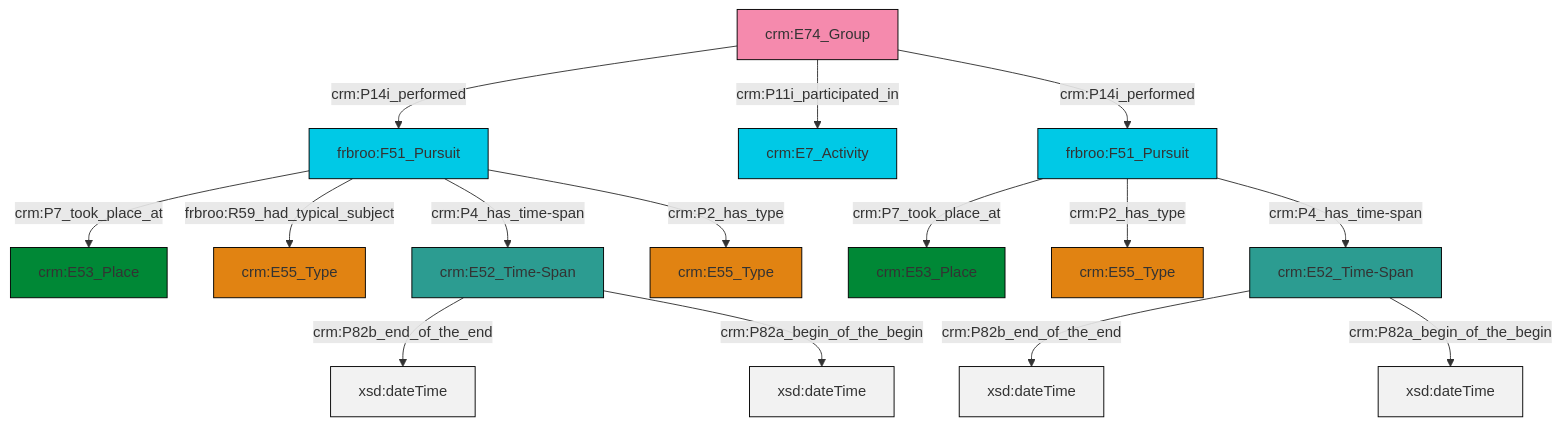
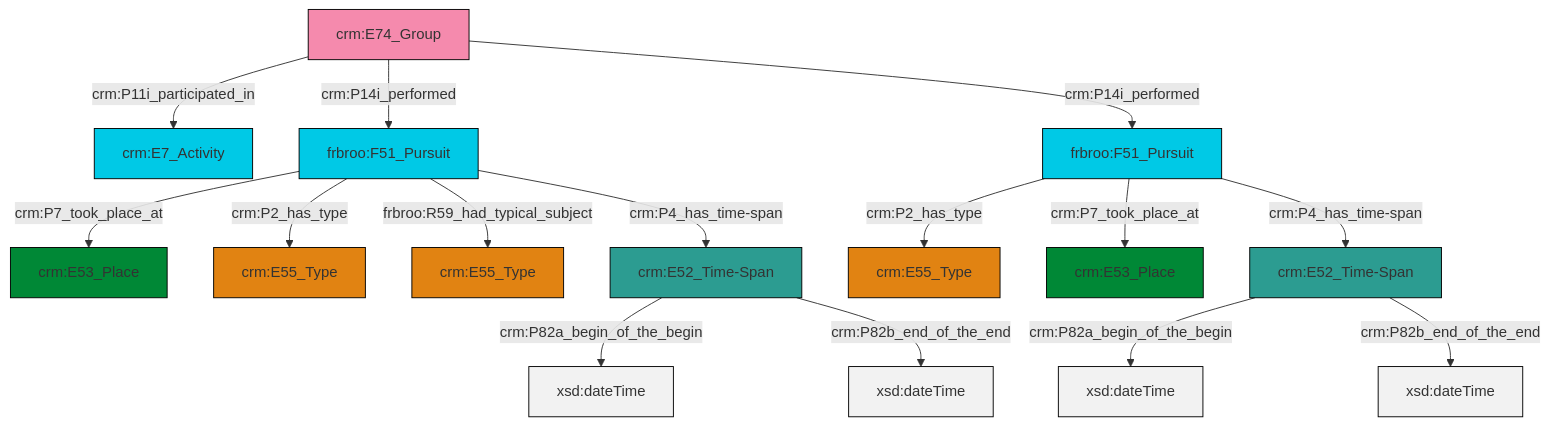
One commit to swiss-art-research-net/reference-data-models changed the diagram in et/groupCSV/ttl/mmd/group_events.ttl.mmd. Above: the diagram before and after it, drawn with Mermaid. The commit also changed 122 other files, not shown here.

```diff
--- a/et/groupCSV/ttl/mmd/group_events.ttl.mmd
+++ b/et/groupCSV/ttl/mmd/group_events.ttl.mmd
@@ -1,29 +1,29 @@
 graph TD
 classDef Literal fill:#f2f2f2,stroke:#000000;
 classDef CRM_Entity fill:#FFFFFF,stroke:#000000;
 classDef Temporal_Entity fill:#00C9E6, stroke:#000000;
 classDef Type fill:#E18312, stroke:#000000;
 classDef Time-Span fill:#2C9C91, stroke:#000000;
 classDef Appellation fill:#FFEB7F, stroke:#000000;
 classDef Place fill:#008836, stroke:#000000;
 classDef Persistent_Item fill:#B266B2, stroke:#000000;
 classDef Conceptual_Object fill:#FFD700, stroke:#000000;
 classDef Physical_Thing fill:#D2B48C, stroke:#000000;
 classDef Actor fill:#f58aad, stroke:#000000;
 classDef PC_Classes fill:#4ce600, stroke:#000000;
 classDef Multi fill:#cccccc,stroke:#000000;
 
 0["frbroo:F51_Pursuit"]:::Temporal_Entity -->|crm:P7_took_place_at| 1["crm:E53_Place"]:::Place
-5["crm:E52_Time-Span"]:::Time-Span -->|crm:P82b_end_of_the_end| 6[xsd:dateTime]:::Literal
+0["frbroo:F51_Pursuit"]:::Temporal_Entity -->|crm:P2_has_type| 2["crm:E55_Type"]:::Type
+3["crm:E52_Time-Span"]:::Time-Span -->|crm:P82a_begin_of_the_begin| 4[xsd:dateTime]:::Literal
+7["frbroo:F51_Pursuit"]:::Temporal_Entity -->|crm:P2_has_type| 8["crm:E55_Type"]:::Type
+9["crm:E74_Group"]:::Actor -->|crm:P11i_participated_in| 10["crm:E7_Activity"]:::Temporal_Entity
 9["crm:E74_Group"]:::Actor -->|crm:P14i_performed| 0["frbroo:F51_Pursuit"]:::Temporal_Entity
-9["crm:E74_Group"]:::Actor -->|crm:P11i_participated_in| 2["crm:E7_Activity"]:::Temporal_Entity
-5["crm:E52_Time-Span"]:::Time-Span -->|crm:P82a_begin_of_the_begin| 11[xsd:dateTime]:::Literal
-7["frbroo:F51_Pursuit"]:::Temporal_Entity -->|crm:P7_took_place_at| 12["crm:E53_Place"]:::Place
-0["frbroo:F51_Pursuit"]:::Temporal_Entity -->|frbroo:R59_had_typical_subject| 13["crm:E55_Type"]:::Type
+12["crm:E52_Time-Span"]:::Time-Span -->|crm:P82a_begin_of_the_begin| 13[xsd:dateTime]:::Literal
+12["crm:E52_Time-Span"]:::Time-Span -->|crm:P82b_end_of_the_end| 14[xsd:dateTime]:::Literal
 9["crm:E74_Group"]:::Actor -->|crm:P14i_performed| 7["frbroo:F51_Pursuit"]:::Temporal_Entity
-7["frbroo:F51_Pursuit"]:::Temporal_Entity -->|crm:P2_has_type| 15["crm:E55_Type"]:::Type
-18["crm:E52_Time-Span"]:::Time-Span -->|crm:P82b_end_of_the_end| 19[xsd:dateTime]:::Literal
-0["frbroo:F51_Pursuit"]:::Temporal_Entity -->|crm:P4_has_time-span| 5["crm:E52_Time-Span"]:::Time-Span
-7["frbroo:F51_Pursuit"]:::Temporal_Entity -->|crm:P4_has_time-span| 18["crm:E52_Time-Span"]:::Time-Span
-18["crm:E52_Time-Span"]:::Time-Span -->|crm:P82a_begin_of_the_begin| 25[xsd:dateTime]:::Literal
-0["frbroo:F51_Pursuit"]:::Temporal_Entity -->|crm:P2_has_type| 21["crm:E55_Type"]:::Type
+0["frbroo:F51_Pursuit"]:::Temporal_Entity -->|frbroo:R59_had_typical_subject| 15["crm:E55_Type"]:::Type
+3["crm:E52_Time-Span"]:::Time-Span -->|crm:P82b_end_of_the_end| 17[xsd:dateTime]:::Literal
+7["frbroo:F51_Pursuit"]:::Temporal_Entity -->|crm:P7_took_place_at| 5["crm:E53_Place"]:::Place
+0["frbroo:F51_Pursuit"]:::Temporal_Entity -->|crm:P4_has_time-span| 3["crm:E52_Time-Span"]:::Time-Span
+7["frbroo:F51_Pursuit"]:::Temporal_Entity -->|crm:P4_has_time-span| 12["crm:E52_Time-Span"]:::Time-Span
```
